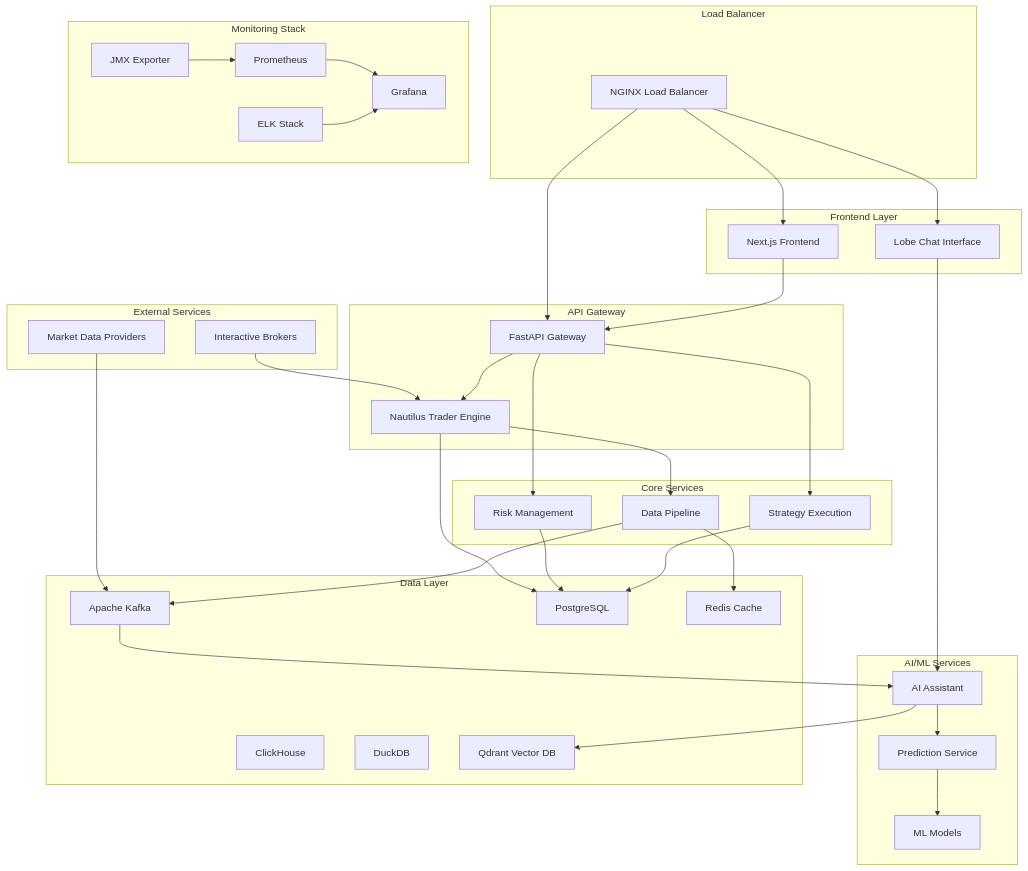
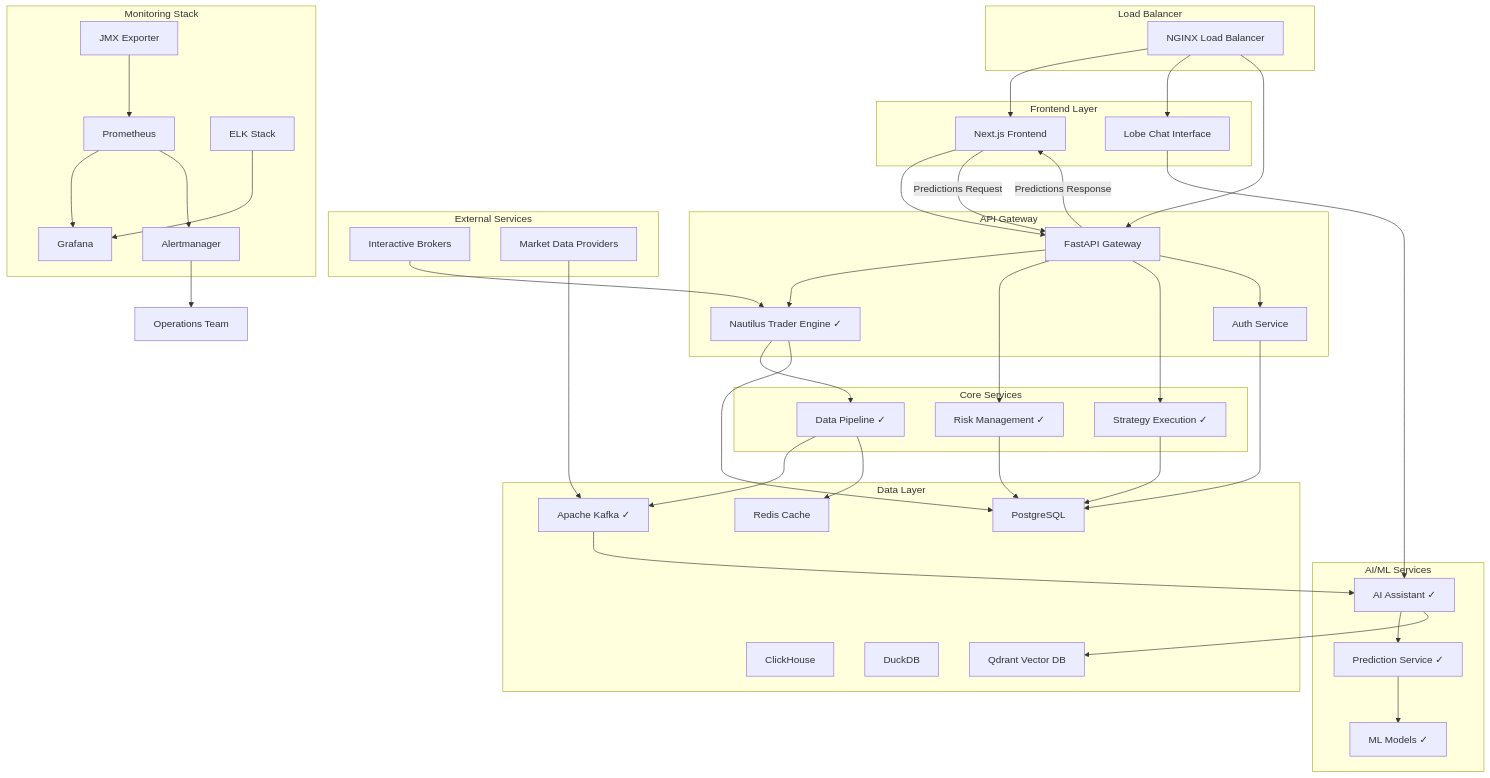
One commit to vincentspereira/Algorithmic-Trading-System changed the diagram in docs/PRODUCTION_DEPLOYMENT_GUIDE.md. Above: the diagram before and after it, drawn with Mermaid. The commit also changed other lines of this file and 59 other files, not shown here.

````diff
--- a/docs/PRODUCTION_DEPLOYMENT_GUIDE.md
+++ b/docs/PRODUCTION_DEPLOYMENT_GUIDE.md
@@ -24,74 +24,82 @@
 ```mermaid
 graph TB
     subgraph "External Services"
         IB[Interactive Brokers]
         MD[Market Data Providers]
     end
     
     subgraph "Load Balancer"
         LB[NGINX Load Balancer]
     end
     
     subgraph "Frontend Layer"
         FE[Next.js Frontend]
         LC[Lobe Chat Interface]
     end
     
     subgraph "API Gateway"
         API[FastAPI Gateway]
-        NT[Nautilus Trader Engine]
+        NT[Nautilus Trader Engine ✓]
+        AUTH[Auth Service]
     end
     
     subgraph "Core Services"
-        RM[Risk Management]
-        SE[Strategy Execution]
-        DP[Data Pipeline]
+        RM[Risk Management ✓]
+        SE[Strategy Execution ✓]
+        DP[Data Pipeline ✓]
     end
     
     subgraph "AI/ML Services"
-        AI[AI Assistant]
-        PRED[Prediction Service]
-        ML[ML Models]
+        AI[AI Assistant ✓]
+        PRED[Prediction Service ✓]
+        ML[ML Models ✓]
     end
     
     subgraph "Data Layer"
-        KAFKA[Apache Kafka]
+        KAFKA[Apache Kafka ✓]
         PG[PostgreSQL]
         REDIS[Redis Cache]
         CH[ClickHouse]
         DUCK[DuckDB]
         QDRANT[Qdrant Vector DB]
     end
     
     subgraph "Monitoring Stack"
         PROM[Prometheus]
         GRAF[Grafana]
         ELK[ELK Stack]
         JMX[JMX Exporter]
+        ALERT[Alertmanager]
     end
     
     MD --> KAFKA
     IB --> NT
     LB --> FE
     LB --> LC
     LB --> API
     FE --> API
+    FE -- Predictions Request --> API
+    API -- Predictions Response --> FE
     LC --> AI
     API --> NT
     API --> RM
     API --> SE
+    API --> AUTH
+    AUTH --> PG
     NT --> DP
     DP --> KAFKA
     KAFKA --> AI
     AI --> PRED
     PRED --> ML
     NT --> PG
     RM --> PG
     SE --> PG
     DP --> REDIS
     AI --> QDRANT
     
     PROM --> GRAF
     ELK --> GRAF
     JMX --> PROM
+    PROM --> ALERT
+    ALERT --> OPS[Operations Team]
 ```
````
